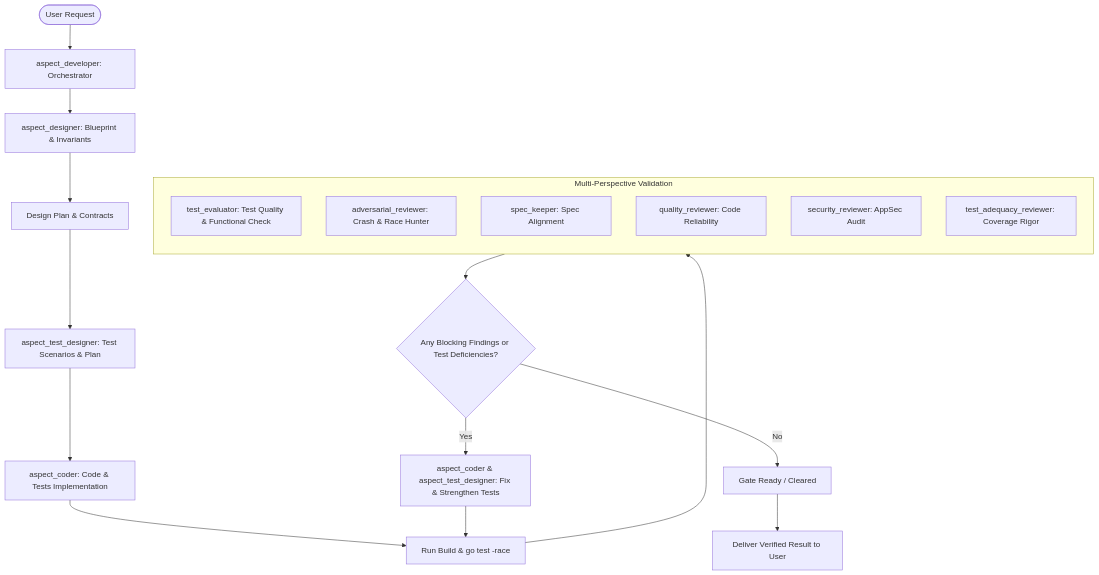
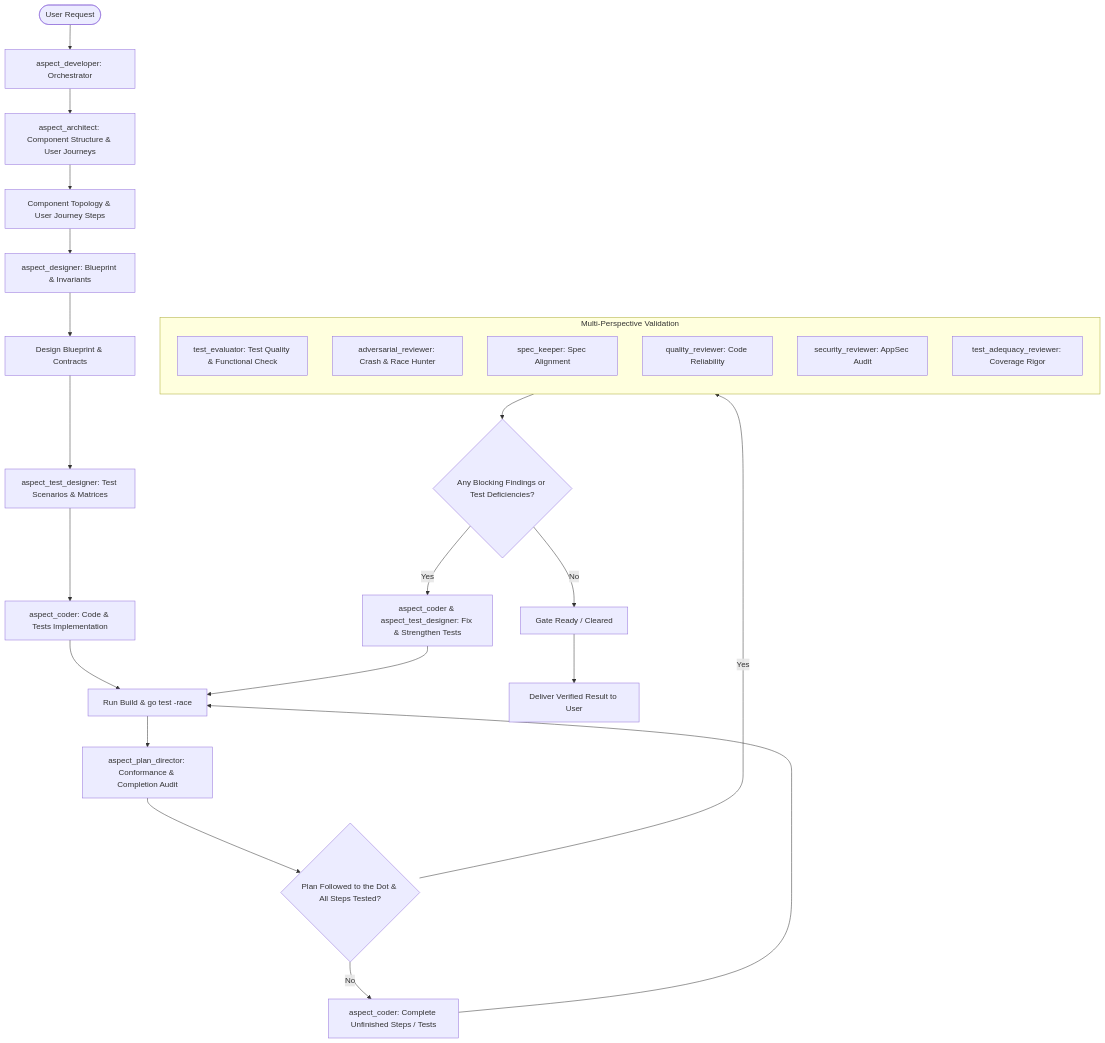
Before and after one commit to Pense-Laranja/aspect: the diagram in .agents/skills/aspect-development/SKILL.md, drawn with Mermaid. The commit also changed other lines of this file and 4 other files, not shown here.

Commit message:
feat(agents): add aspect_architect and aspect_plan_director agents

````diff
--- a/.agents/skills/aspect-development/SKILL.md
+++ b/.agents/skills/aspect-development/SKILL.md
@@ -12,24 +12,30 @@
 ```mermaid
 flowchart TD
     User([User Request]) --> Lead[aspect_developer: Orchestrator]
-    Lead --> Designer[aspect_designer: Blueprint & Invariants]
-    Designer --> PlanReady[Design Plan & Contracts]
-    PlanReady --> TestPlan[aspect_test_designer: Test Scenarios & Plan]
+    Lead --> Arch[aspect_architect: Component Structure & User Journeys]
+    Arch --> ArchOutput[Component Topology & User Journey Steps]
+    ArchOutput --> Designer[aspect_designer: Blueprint & Invariants]
+    Designer --> PlanReady[Design Blueprint & Contracts]
+    PlanReady --> TestPlan[aspect_test_designer: Test Scenarios & Matrices]
     TestPlan --> Coder[aspect_coder: Code & Tests Implementation]
     Coder --> Verify[Run Build & go test -race]
-    Verify --> Reviewers[Validation Subagents]
+    Verify --> PlanDirector[aspect_plan_director: Conformance & Completion Audit]
+    PlanDirector --> PlanCheck{Plan Followed to the Dot & All Steps Tested?}
+    PlanCheck -- No --> FixPlan[aspect_coder: Complete Unfinished Steps / Tests]
+    FixPlan --> Verify
+    PlanCheck -- Yes --> Reviewers[Multi-Perspective Validation Subagents]
     subgraph Reviewers [Multi-Perspective Validation]
         direction TB
         TestEval[test_evaluator: Test Quality & Functional Check]
         Adv[adversarial_reviewer: Crash & Race Hunter]
         Spec[spec_keeper: Spec Alignment]
         Qual[quality_reviewer: Code Reliability]
         Sec[security_reviewer: AppSec Audit]
         Adeq[test_adequacy_reviewer: Coverage Rigor]
     end
     Reviewers --> Decisions{Any Blocking Findings or Test Deficiencies?}
     Decisions -- Yes --> Fix[aspect_coder & aspect_test_designer: Fix & Strengthen Tests]
     Fix --> Verify
     Decisions -- No --> GatePass[Gate Ready / Cleared]
     GatePass --> Summary[Deliver Verified Result to User]
 ```
````
